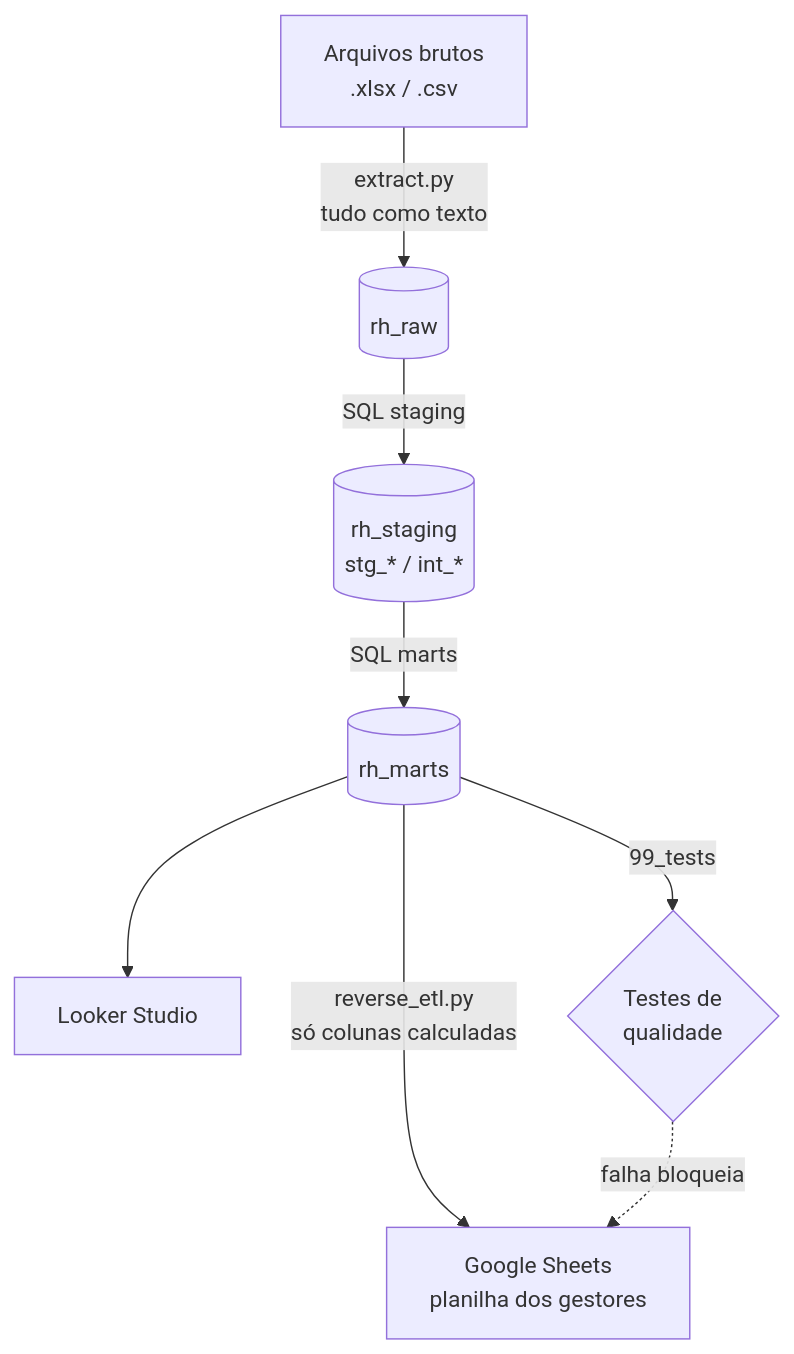
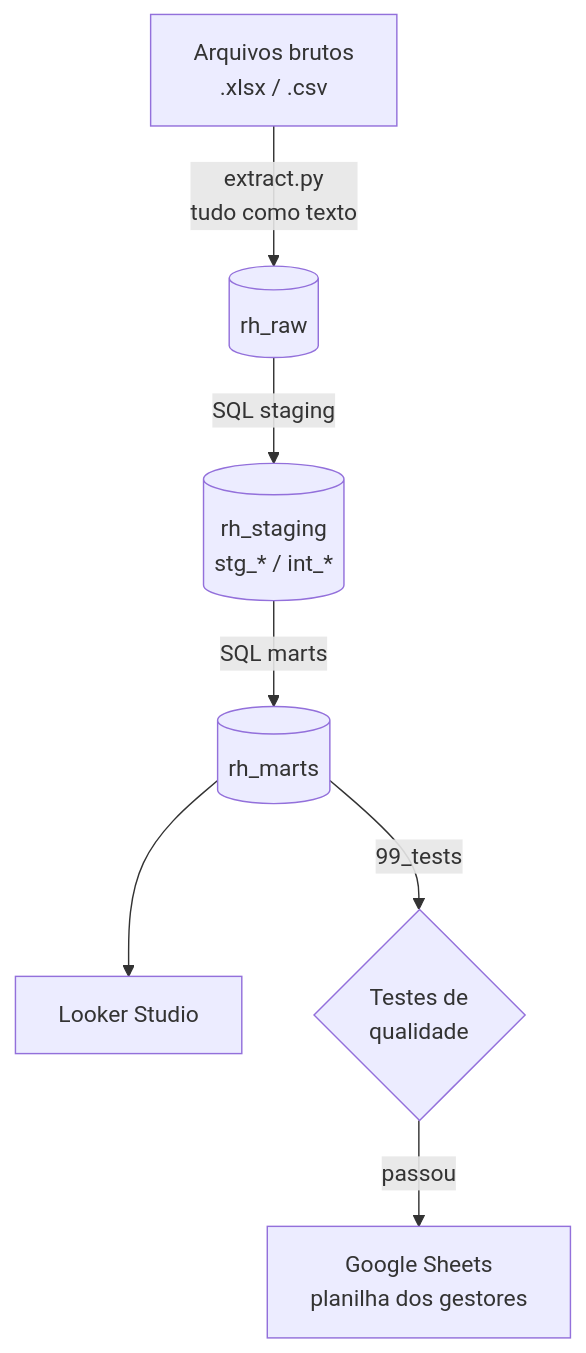
One commit to jeanecaminha/case-demarco changed the diagram in README.md. Above: the diagram before and after it, drawn with Mermaid. The commit also changed other lines of this file and 3 other files, not shown here.

````diff
--- a/README.md
+++ b/README.md
@@ -34,10 +32,9 @@
 ```mermaid
 flowchart TB
     A[Arquivos brutos<br/>.xlsx / .csv] -->|extract.py<br/>tudo como texto| B[(rh_raw)]
     B -->|SQL staging| C[(rh_staging<br/>stg_* / int_*)]
     C -->|SQL marts| D[(rh_marts)]
     D --> E[Looker Studio]
-    D -->|reverse_etl.py<br/>só colunas calculadas| F[Google Sheets<br/>planilha dos gestores]
     D -->|99_tests| G{Testes de<br/>qualidade}
-    G -. falha bloqueia .-> F
+    G -->|passou| F[Google Sheets<br/>planilha dos gestores]
 ```
````
